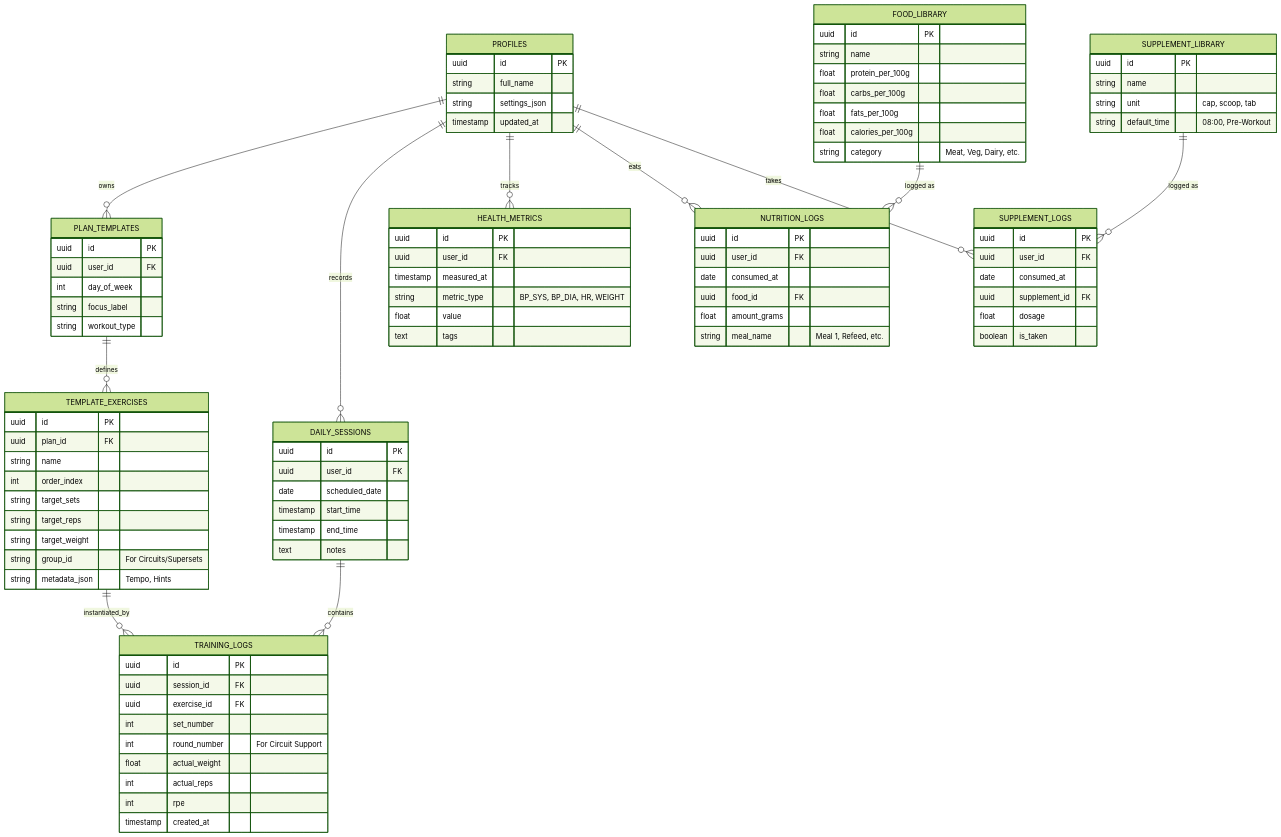
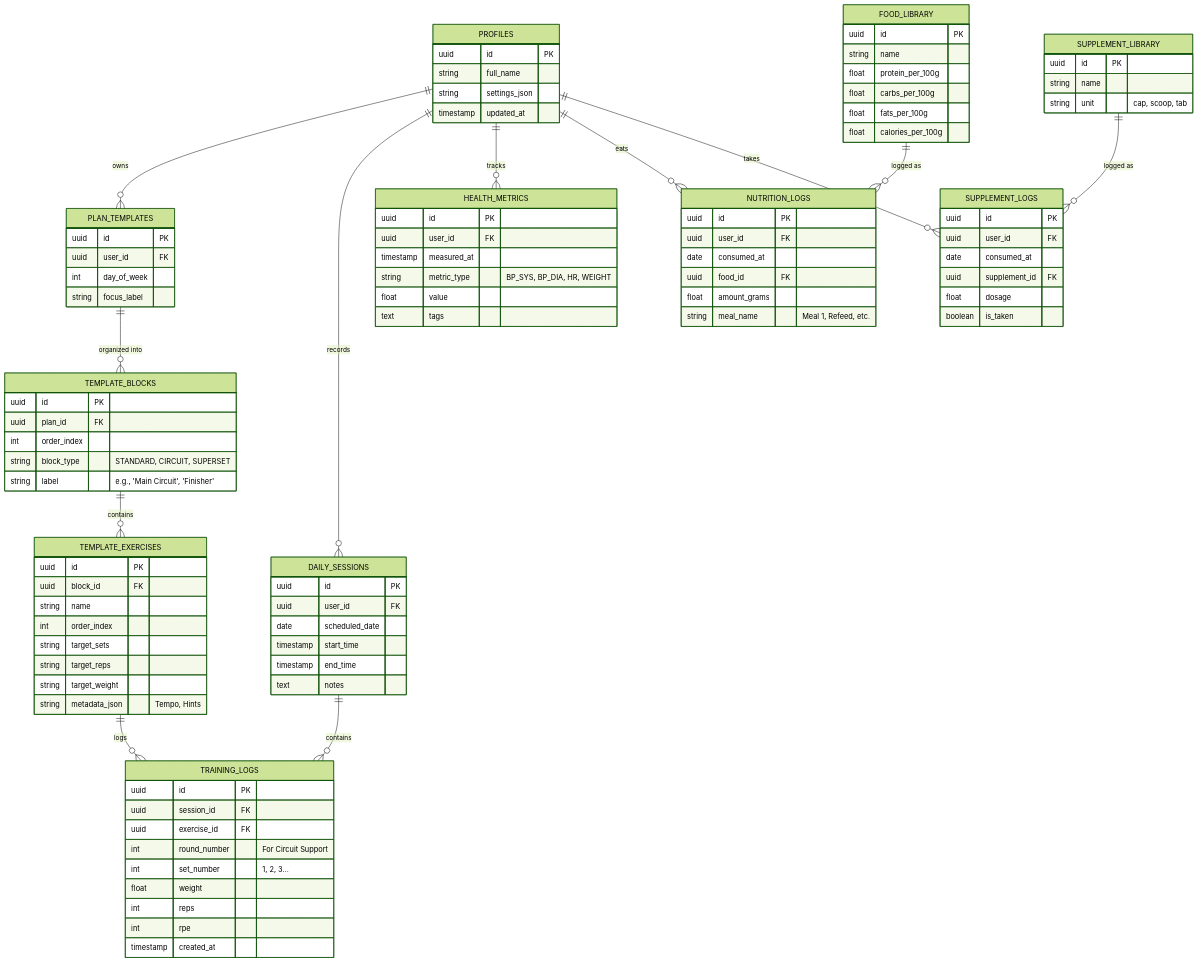
One commit to borissimov/borissimov.github.io changed the diagram in docs/architecture/DATABASE_SCHEMA.md. Above: the diagram before and after it, drawn with Mermaid (forest theme). The commit also changed other lines of this file and 6 other files, not shown here.

Commit message:
feat: implement V2 relational schema SQL and scaffold Zustand training store

```diff
--- a/docs/architecture/DATABASE_SCHEMA.md
+++ b/docs/architecture/DATABASE_SCHEMA.md
@@ -13,10 +13,11 @@
     PROFILES ||--o{ NUTRITION_LOGS : eats
     PROFILES ||--o{ SUPPLEMENT_LOGS : takes
     
-    PLAN_TEMPLATES ||--o{ TEMPLATE_EXERCISES : defines
+    PLAN_TEMPLATES ||--o{ TEMPLATE_BLOCKS : "organized into"
+    TEMPLATE_BLOCKS ||--o{ TEMPLATE_EXERCISES : "contains"
     
     DAILY_SESSIONS ||--o{ TRAINING_LOGS : contains
-    TEMPLATE_EXERCISES ||--o{ TRAINING_LOGS : instantiated_by
+    TEMPLATE_EXERCISES ||--o{ TRAINING_LOGS : logs
 
     FOOD_LIBRARY ||--o{ NUTRITION_LOGS : "logged as"
     SUPPLEMENT_LIBRARY ||--o{ SUPPLEMENT_LOGS : "logged as"
@@ -33,18 +34,24 @@
         uuid user_id FK
         int day_of_week
         string focus_label
-        string workout_type
+    }
+
+    TEMPLATE_BLOCKS {
+        uuid id PK
+        uuid plan_id FK
+        int order_index
+        string block_type "STANDARD, CIRCUIT, SUPERSET"
+        string label "e.g., 'Main Circuit', 'Finisher'"
     }
 
     TEMPLATE_EXERCISES {
         uuid id PK
-        uuid plan_id FK
+        uuid block_id FK
         string name
         int order_index
         string target_sets
         string target_reps
         string target_weight
-        string group_id "For Circuits/Supersets"
         string metadata_json "Tempo, Hints"
     }
 
@@ -61,10 +68,10 @@
         uuid id PK
         uuid session_id FK
         uuid exercise_id FK
-        int set_number
         int round_number "For Circuit Support"
-        float actual_weight
-        int actual_reps
+        int set_number "1, 2, 3..."
+        float weight
+        int reps
         int rpe
         timestamp created_at
     }
@@ -85,7 +92,6 @@
         float carbs_per_100g
         float fats_per_100g
         float calories_per_100g
-        string category "Meat, Veg, Dairy, etc."
     }
 
     NUTRITION_LOGS {
@@ -101,7 +107,6 @@
         uuid id PK
         string name
         string unit "cap, scoop, tab"
-        string default_time "08:00, Pre-Workout"
     }
 
     SUPPLEMENT_LOGS {
```
